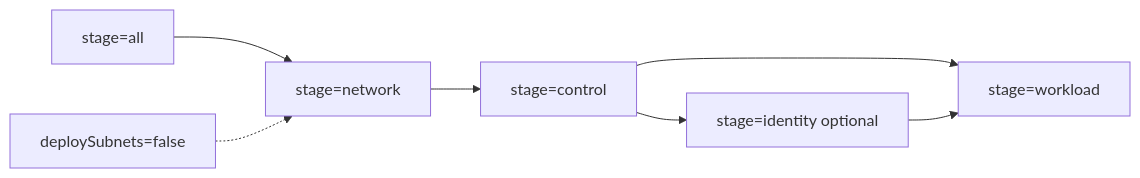
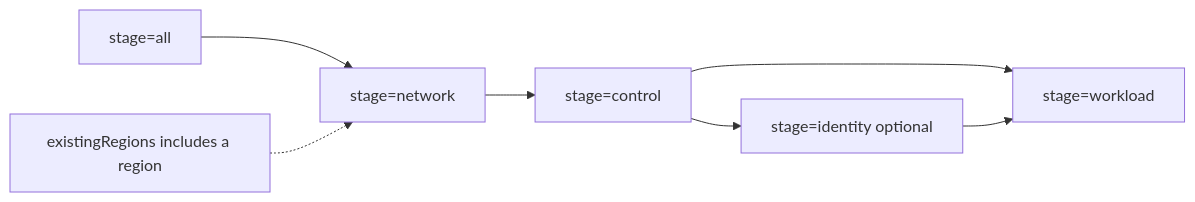
The third of 5 diagrams in README.md (andriesdutoit-svg/azure-multiregion-lab), drawn with Mermaid before and after one commit. The commit also changed other lines of this file and 8 other files, not shown here.

````diff
--- a/README.md
+++ b/README.md
@@ -846,9 +880,9 @@
 ```mermaid
 flowchart LR
   N[stage=network] --> C[stage=control]
   C --> I[stage=identity optional]
   C --> W[stage=workload]
   I --> W
   A[stage=all] --> N
-  D[deploySubnets=false] -.-> N
+  E[existingRegions includes a region] -.-> N
 ```
````
